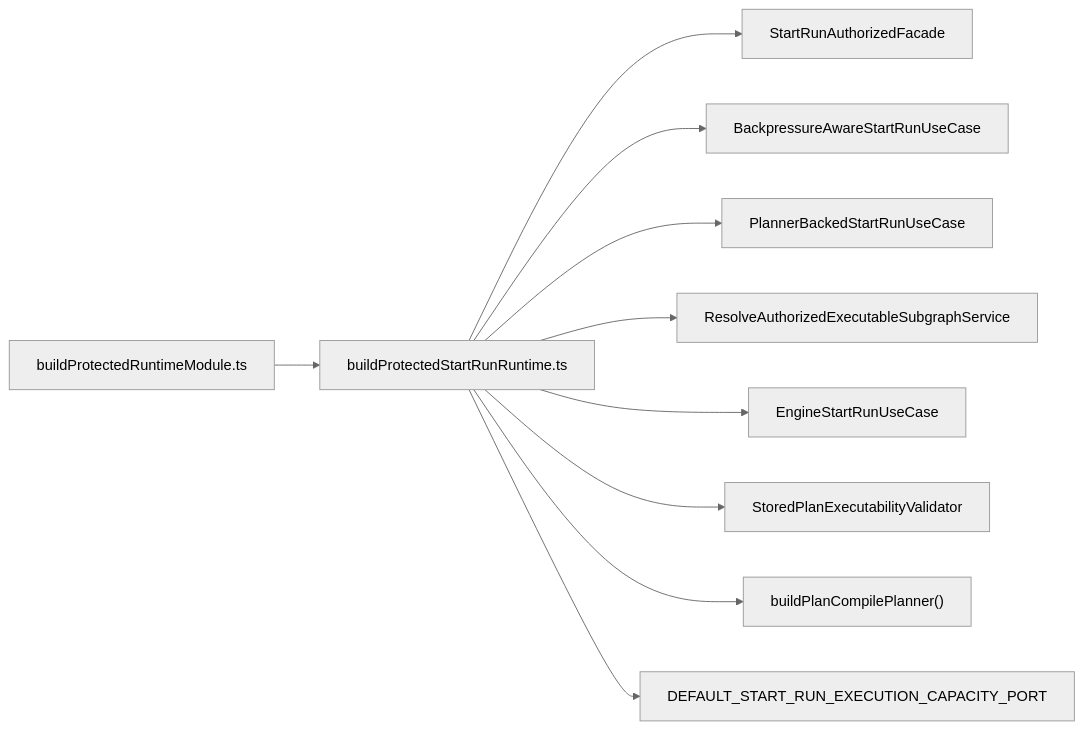
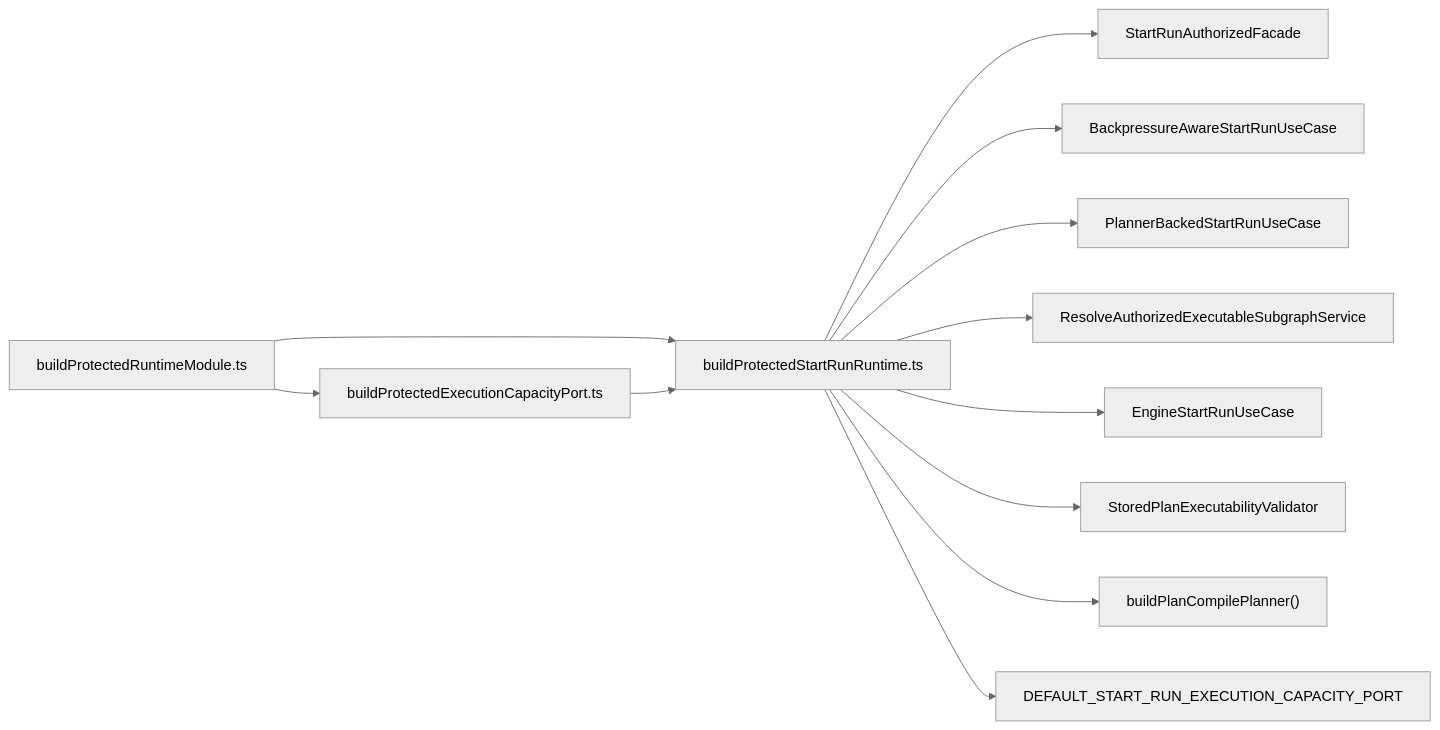
One commit to dunay2/dvt changed the first of 2 diagrams in apps/api/docs/start-run-runtime-composition-component.md. Above: the diagram before and after it, drawn with Mermaid (neutral theme). The commit also changed other lines of this file and 17 other files, not shown here.

Commit message:
feat(api): Bind execution capacity through protected runtime root

````diff
--- a/apps/api/docs/start-run-runtime-composition-component.md
+++ b/apps/api/docs/start-run-runtime-composition-component.md
@@ -68,12 +75,14 @@
 ```mermaid
 flowchart LR
   Root["buildProtectedRuntimeModule.ts"] --> StartRunRuntime["buildProtectedStartRunRuntime.ts"]
+  Root --> Binding["buildProtectedExecutionCapacityPort.ts"]
+  Binding --> StartRunRuntime
   StartRunRuntime --> Facade["StartRunAuthorizedFacade"]
   StartRunRuntime --> Admission["BackpressureAwareStartRunUseCase"]
   StartRunRuntime --> Planner["PlannerBackedStartRunUseCase"]
   StartRunRuntime --> Resolver["ResolveAuthorizedExecutableSubgraphService"]
   StartRunRuntime --> Engine["EngineStartRunUseCase"]
   StartRunRuntime --> Validator["StoredPlanExecutabilityValidator"]
   StartRunRuntime --> Compile["buildPlanCompilePlanner()"]
   StartRunRuntime --> Capacity["DEFAULT_START_RUN_EXECUTION_CAPACITY_PORT"]
 ```
````
